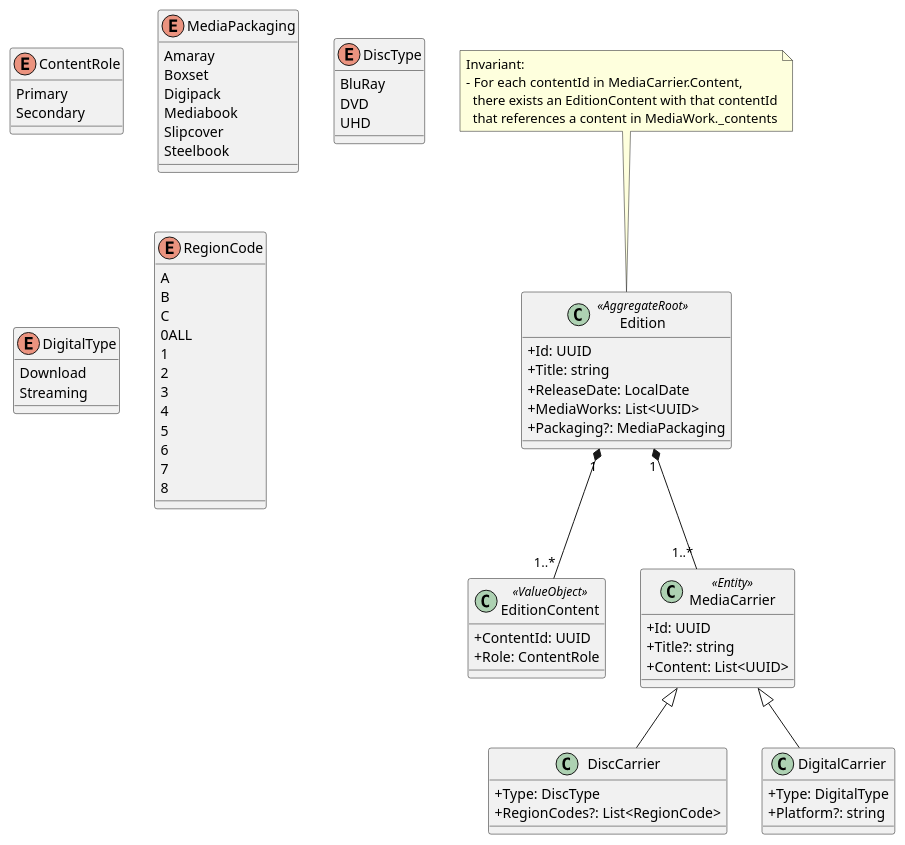
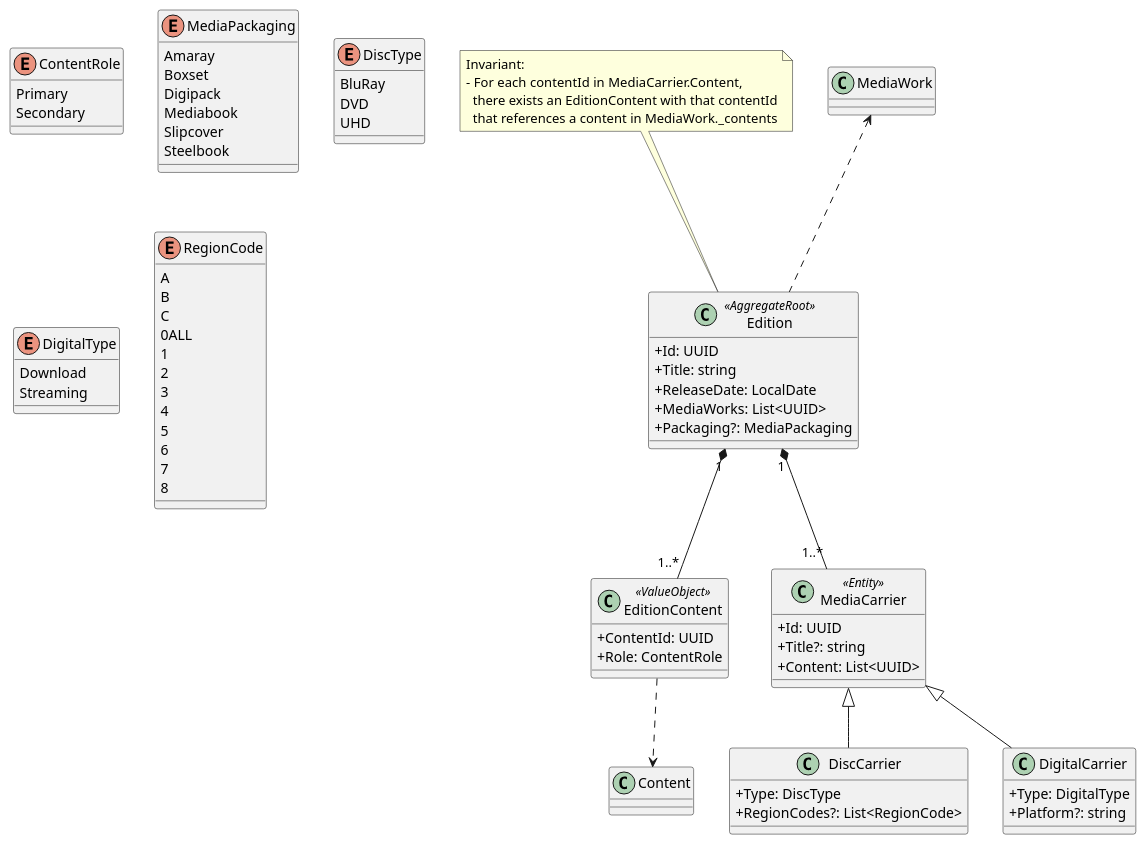
The diagram in docs/uml/domain/domain-edition.puml (yantue/colleq), drawn with PlantUML before and after one commit. The commit also changed 5 other files, not shown here.

Commit message:
docs: Update domain-overview with respect to design + Add cross-aggregate connection to aggregate files to simplify domain-all

```diff
--- a/docs/uml/domain/domain-edition.puml
+++ b/docs/uml/domain/domain-edition.puml
@@ -1,88 +1,92 @@
 @startuml
 skinparam classAttributeIconSize 0
 
 class Edition <<AggregateRoot>> {
     +Id: UUID
     +Title: string
     +ReleaseDate: LocalDate
     +MediaWorks: List<UUID>
     +Packaging?: MediaPackaging
 }
 
 note top of Edition
 Invariant:
 - For each contentId in MediaCarrier.Content,
   there exists an EditionContent with that contentId
   that references a content in MediaWork._contents
 end note
 
 class EditionContent <<ValueObject>> {
     +ContentId: UUID
     +Role: ContentRole
 }
 
 Edition "1" *-- "1..*" EditionContent
 
 enum ContentRole {
     Primary
     Secondary
 }
 
 class MediaCarrier <<Entity>> {
     +Id: UUID
     +Title?: string
     +Content: List<UUID>
 }
 
 Edition "1" *-- "1..*" MediaCarrier
 
 class DiscCarrier {
     +Type: DiscType
     +RegionCodes?: List<RegionCode>
 }
 
 MediaCarrier <|-- DiscCarrier
 
 class DigitalCarrier {
     +Type: DigitalType
     +Platform?: string
 }
 
 MediaCarrier <|-- DigitalCarrier
 
 enum MediaPackaging {
     Amaray
     Boxset
     Digipack
     Mediabook
     Slipcover
     Steelbook
 }
 
 enum DiscType {
     BluRay
     DVD
     UHD
 }
 
 enum DigitalType {
     Download
     Streaming
 }
 
 enum RegionCode {
     A
     B
     C
     0ALL
     1
     2
     3
     4
     5
     6
     7
     8
 }
 
+' ===== CROSS-AGGREGATE REFERENCE =====
+MediaWork <.. Edition
+EditionContent ..> Content
+
 @enduml
```
